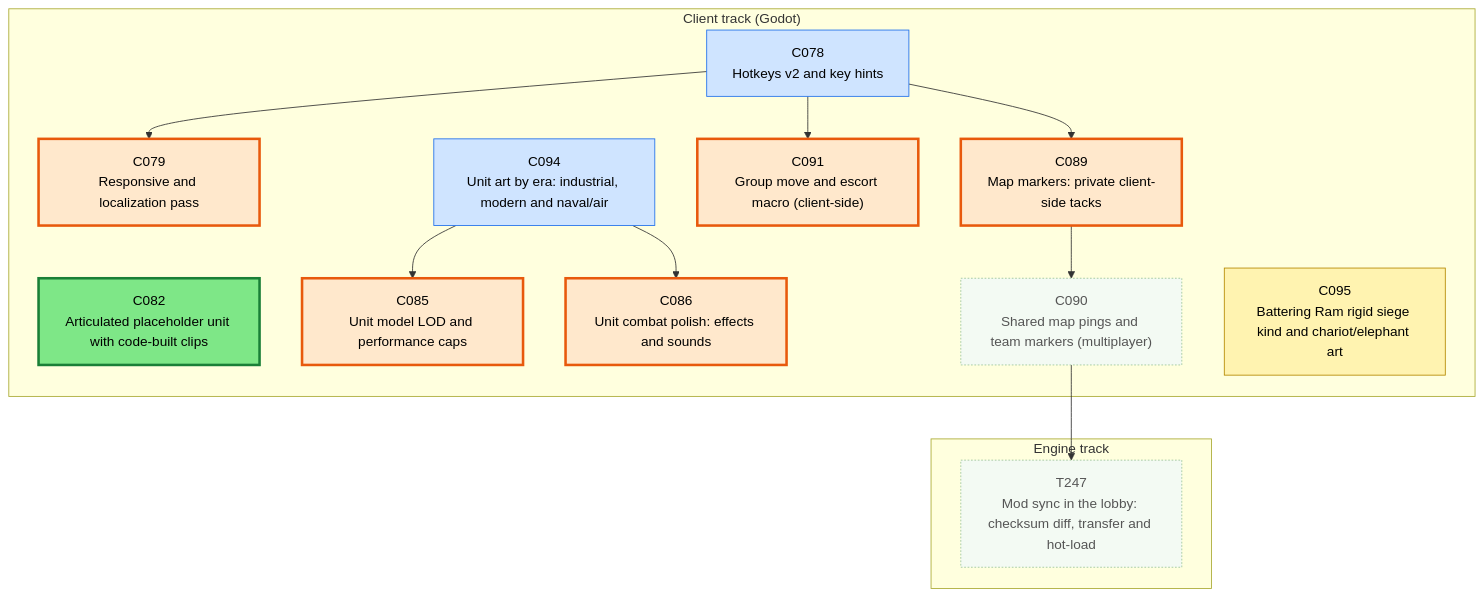
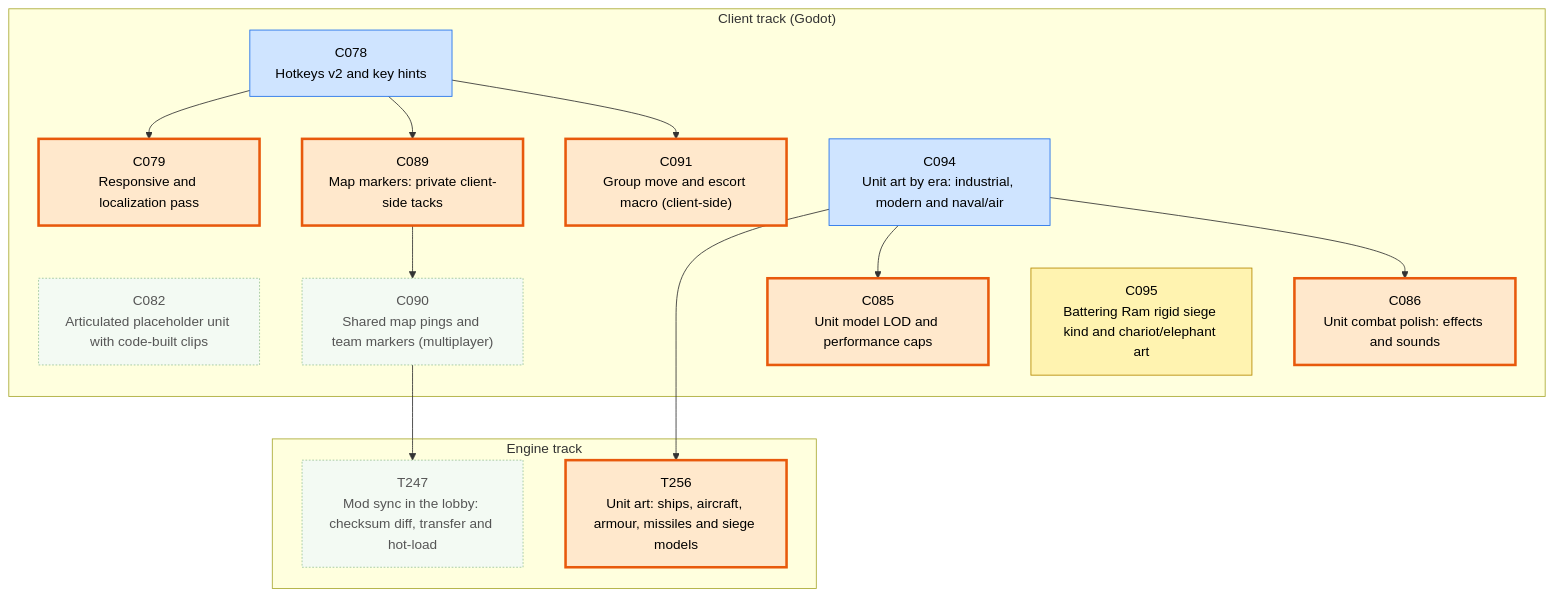
One commit to Kenmura/Unciv changed the first of 3 diagrams in csharp/migration/DEPENDENCY_MAP.md. Above: the diagram before and after it, drawn with Mermaid. The commit also changed other lines of this file and 6 other files, not shown here.

````diff
--- a/csharp/migration/DEPENDENCY_MAP.md
+++ b/csharp/migration/DEPENDENCY_MAP.md
@@ -25,43 +25,46 @@
 ```mermaid
 flowchart TD
   subgraph TTRACK["Engine track"]
     T247["T247<br/>Mod sync in the lobby: checksum diff, transfer and hot-load"]
+    T256["T256<br/>Unit art: ships, aircraft, armour, missiles and siege models"]
   end
   subgraph CTRACK["Client track (Godot)"]
     C078["C078<br/>Hotkeys v2 and key hints"]
     C079["C079<br/>Responsive and localization pass"]
     C082["C082<br/>Articulated placeholder unit with code-built clips"]
     C085["C085<br/>Unit model LOD and performance caps"]
     C086["C086<br/>Unit combat polish: effects and sounds"]
     C089["C089<br/>Map markers: private client-side tacks"]
     C090["C090<br/>Shared map pings and team markers (multiplayer)"]
     C091["C091<br/>Group move and escort macro (client-side)"]
     C094["C094<br/>Unit art by era: industrial, modern and naval/air"]
     C095["C095<br/>Battering Ram rigid siege kind and chariot/elephant art"]
   end
   C090 --> T247
+  C094 --> T256
   C078 --> C079
   C094 --> C085
   C094 --> C086
   C078 --> C089
   C089 --> C090
   C078 --> C091
   classDef waiting fill:#f3faf3,stroke:#9bc49b,color:#555,stroke-dasharray:2 2
   classDef ondeck fill:#ffe8cc,stroke:#e8590c,stroke-width:3px,color:#000
   classDef ready fill:#7ee787,stroke:#1a7f37,stroke-width:3px,color:#000
   classDef prog fill:#fff3b0,stroke:#b58900,color:#000
   classDef review fill:#cfe4ff,stroke:#1f6feb,color:#000
   classDef blocked fill:#ffd6d6,stroke:#c62828,color:#000
   classDef done fill:#eeeeee,stroke:#999999,color:#666,stroke-dasharray:4 3
   class C078 review
   class C079 ondeck
-  class C082 ready
+  class C082 waiting
   class C085 ondeck
   class C086 ondeck
   class C089 ondeck
   class C090 waiting
   class C091 ondeck
   class C094 review
   class C095 prog
   class T247 waiting
+  class T256 ondeck
 ```
````
